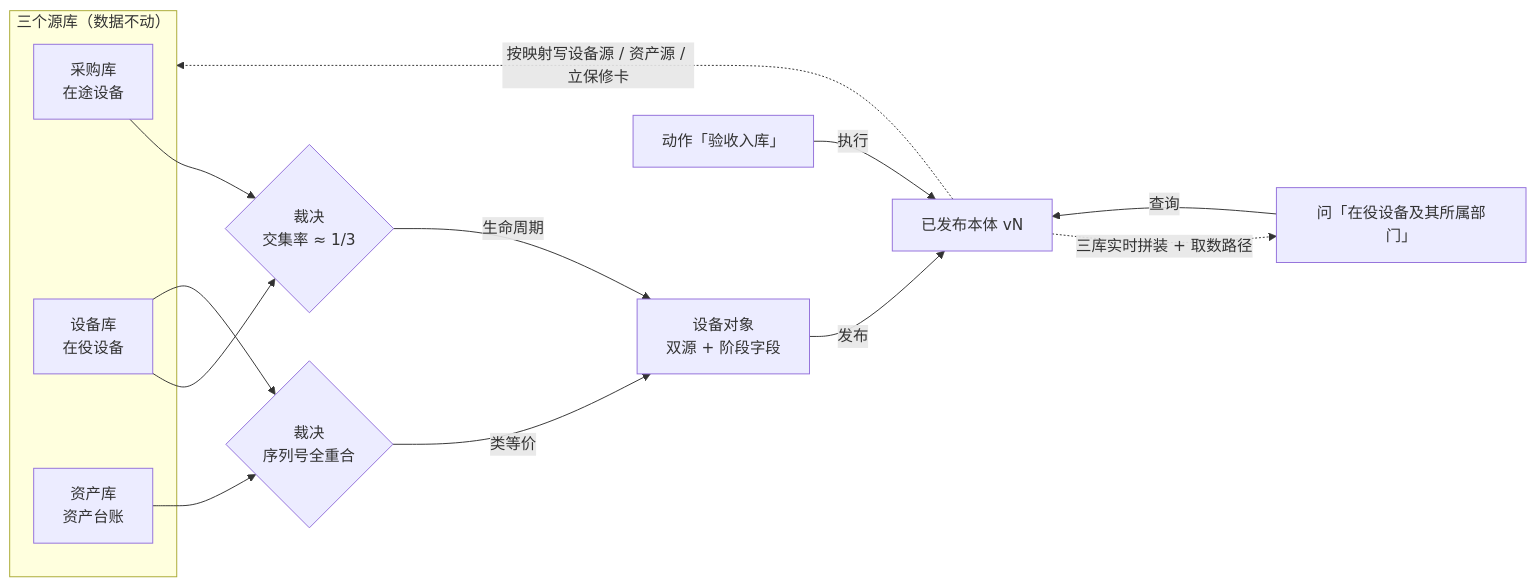
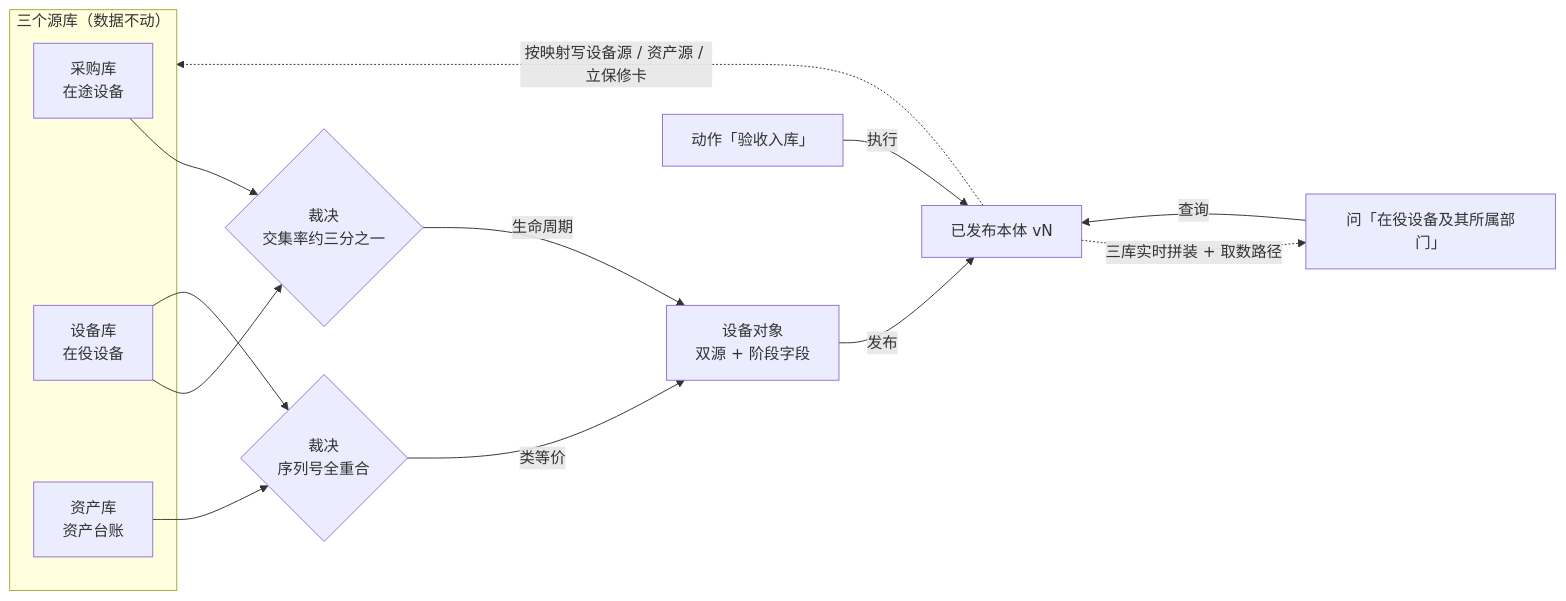
One commit to majiang213/Ontos changed the second of 4 diagrams in README.md. Above: the diagram before and after it, drawn with Mermaid.

Commit message:
README Mermaid 图修复：菱形节点标签里的 ≈ 与斜杠是老词法器的致命字符（用户实测报 Lexical error，指向 1/3 处），改为纯中文「交集率约三分之一」——只保留已证实安全的字符（中文、空格、<br/>）；C2 原样本无危险字符。全库扫描确认无其他未引号风险标签，v10 渲染实测出图

````diff
--- a/README.md
+++ b/README.md
@@ -62,19 +62,19 @@
 ```mermaid
 flowchart LR
     subgraph SRC["三个源库（数据不动）"]
         P["采购库<br/>在途设备"]
         D["设备库<br/>在役设备"]
         A["资产库<br/>资产台账"]
     end
-    P --> C1{裁决<br/>交集率 ≈ 1/3}
+    P --> C1{裁决<br/>交集率约三分之一}
     D --> C1
     C1 -- 生命周期 --> O["设备对象<br/>双源 + 阶段字段"]
     D --> C2{裁决<br/>序列号全重合}
     A --> C2
     C2 -- 类等价 --> O
     O -- 发布 --> V["已发布本体 vN"]
     Q["问「在役设备及其所属部门」"] -- 查询 --> V
     V -. "三库实时拼装 + 取数路径" .-> Q
     R["动作「验收入库」"] -- 执行 --> V
     V -. "按映射写设备源 / 资产源 / 立保修卡" .-> SRC
 ```
````
